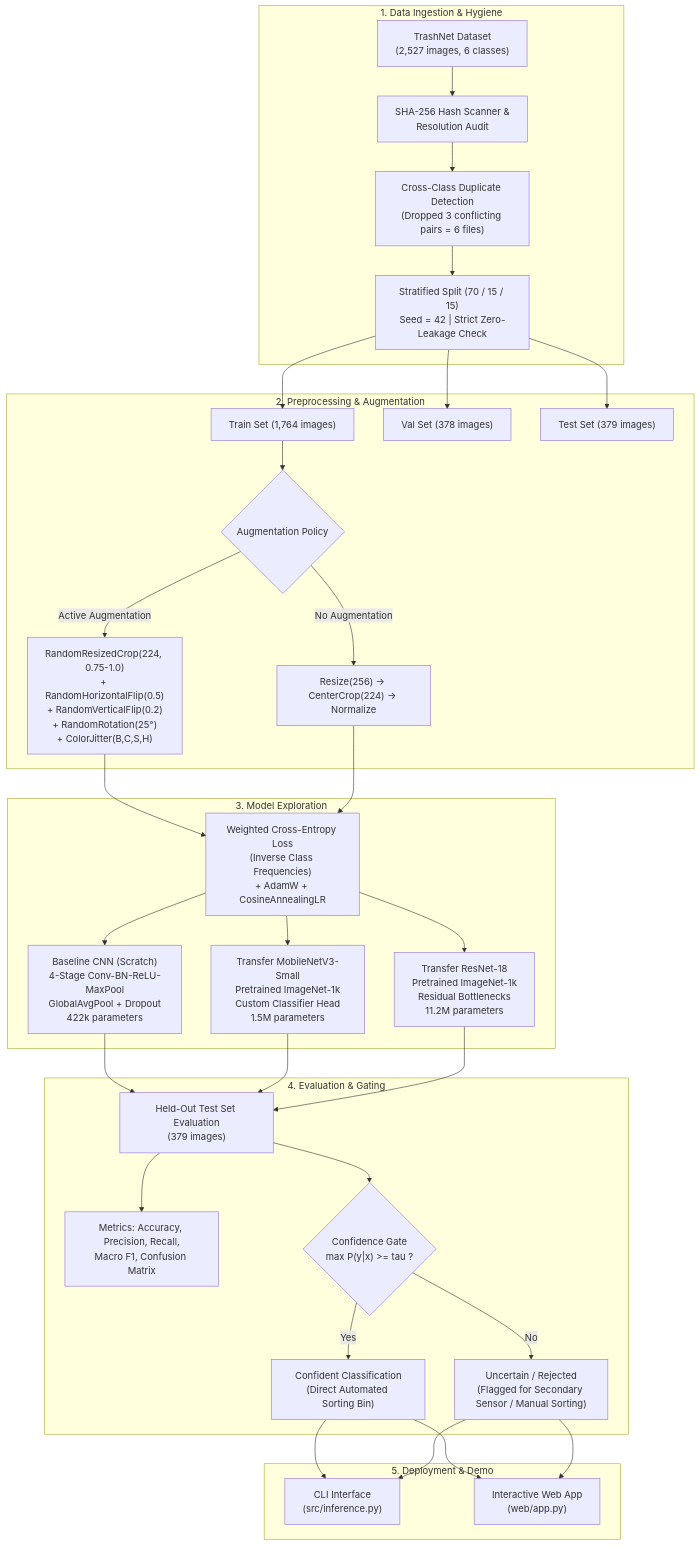
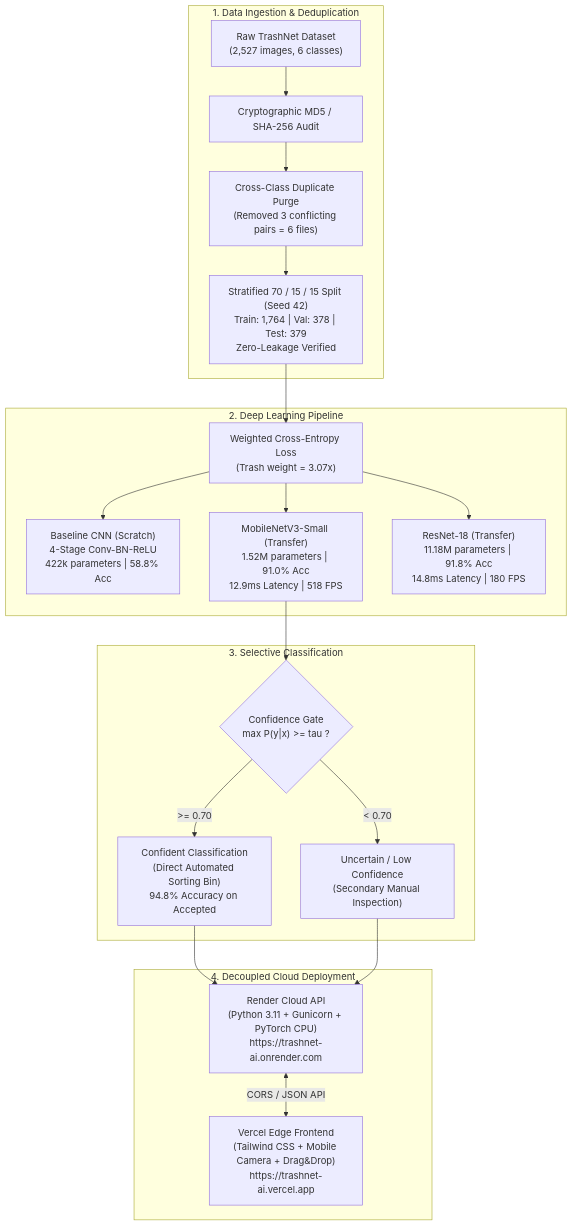
The diagram in README.md (samarth1234-dev/trashnet-ai), drawn with Mermaid before and after one commit. The commit also changed other lines of this file, not shown here.

Commit message:
docs: comprehensive README update with live Vercel and Render links, REST API docs, and benchmarks

````diff
--- a/README.md
+++ b/README.md
@@ -19,41 +32,26 @@
 ```mermaid
 flowchart TD
-    subgraph INGESTION["1. Data Ingestion & Hygiene"]
-        Raw["TrashNet Dataset\n(2,527 images, 6 classes)"] --> HashScan["SHA-256 Hash Scanner &\nResolution Audit"]
-        HashScan --> Dedup["Cross-Class Duplicate Detection\n(Dropped 3 conflicting pairs = 6 files)"]
-        Dedup --> StratifiedSplit["Stratified Split (70 / 15 / 15)\nSeed = 42 | Strict Zero-Leakage Check"]
+    subgraph INGESTION["1. Data Ingestion & Deduplication"]
+        Raw["Raw TrashNet Dataset\n(2,527 images, 6 classes)"] --> HashScan["Cryptographic MD5 / SHA-256 Audit"]
+        HashScan --> Dedup["Cross-Class Duplicate Purge\n(Removed 3 conflicting pairs = 6 files)"]
+        Dedup --> StratifiedSplit["Stratified 70 / 15 / 15 Split (Seed 42)\nTrain: 1,764 | Val: 378 | Test: 379\nZero-Leakage Verified"]
     end
 
-    subgraph PREP["2. Preprocessing & Augmentation"]
-        StratifiedSplit --> TrainSet["Train Set (1,764 images)"]
-        StratifiedSplit --> ValSet["Val Set (378 images)"]
-        StratifiedSplit --> TestSet["Test Set (379 images)"]
-        
-        TrainSet --> AugPipelines{"Augmentation Policy"}
-        AugPipelines -->|No Augmentation| BaseTrans["Resize(256) -> CenterCrop(224) -> Normalize"]
-        AugPipelines -->|Active Augmentation| AugTrans["RandomResizedCrop(224, 0.75-1.0)\n+ RandomHorizontalFlip(0.5)\n+ RandomVerticalFlip(0.2)\n+ RandomRotation(25°)\n+ ColorJitter(B,C,S,H)"]
+    subgraph MODELS["2. Deep Learning Pipeline"]
+        StratifiedSplit --> WeightedLoss["Weighted Cross-Entropy Loss\n(Trash weight = 3.07x)"]
+        WeightedLoss --> M1["Baseline CNN (Scratch)\n4-Stage Conv-BN-ReLU\n422k parameters | 58.8% Acc"]
+        WeightedLoss --> M2["MobileNetV3-Small (Transfer)\n1.52M parameters | 91.0% Acc\n12.9ms Latency | 518 FPS"]
+        WeightedLoss --> M3["ResNet-18 (Transfer)\n11.18M parameters | 91.8% Acc\n14.8ms Latency | 180 FPS"]
     end
 
-    subgraph MODELS["3. Model Exploration"]
-        AugTrans --> TrainLoop["Weighted Cross-Entropy Loss\n(Inverse Class Frequencies)\n+ AdamW + CosineAnnealingLR"]
-        BaseTrans --> TrainLoop
-        
-        TrainLoop --> M1["Baseline CNN (Scratch)\n4-Stage Conv-BN-ReLU-MaxPool\nGlobalAvgPool + Dropout\n422k parameters"]
-        TrainLoop --> M2["Transfer MobileNetV3-Small\nPretrained ImageNet-1k\nCustom Classifier Head\n1.5M parameters"]
-        TrainLoop --> M3["Transfer ResNet-18\nPretrained ImageNet-1k\nResidual Bottlenecks\n11.2M parameters"]
+    subgraph GATING["3. Selective Classification"]
+        M2 --> ThresholdGate{"Confidence Gate\nmax P(y|x) >= tau ?"}
+        ThresholdGate -->|">= 0.70"| Confident["Confident Classification\n(Direct Automated Sorting Bin)\n94.8% Accuracy on Accepted"]
+        ThresholdGate -->|"< 0.70"| Uncertain["Uncertain / Low Confidence\n(Secondary Manual Inspection)"]
     end
 
-    subgraph EVAL["4. Evaluation & Gating"]
-        M1 & M2 & M3 --> EvalTest["Held-Out Test Set Evaluation\n(379 images)"]
-        EvalTest --> Metrics["Metrics: Accuracy, Precision, Recall,\nMacro F1, Confusion Matrix"]
-        EvalTest --> ThresholdGate{"Confidence Gate\nmax P(y|x) >= tau ?"}
-        
-        ThresholdGate -->|Yes| Accepted["Confident Classification\n(Direct Automated Sorting Bin)"]
-        ThresholdGate -->|No| Uncertain["Uncertain / Rejected\n(Flagged for Secondary Sensor / Manual Sorting)"]
-    end
-
-    subgraph DEPLOY["5. Deployment & Demo"]
-        Accepted & Uncertain --> CLI["CLI Interface\n(src/inference.py)"]
-        Accepted & Uncertain --> WebApp["Interactive Web App\n(web/app.py)"]
+    subgraph CLOUD["4. Decoupled Cloud Deployment"]
+        Confident & Uncertain --> Backend["Render Cloud API\n(Python 3.11 + Gunicorn + PyTorch CPU)\nhttps://trashnet-ai.onrender.com"]
+        Backend <-->|CORS / JSON API| Frontend["Vercel Edge Frontend\n(Tailwind CSS + Mobile Camera + Drag&Drop)\nhttps://trashnet-ai.vercel.app"]
     end
 ```
````
